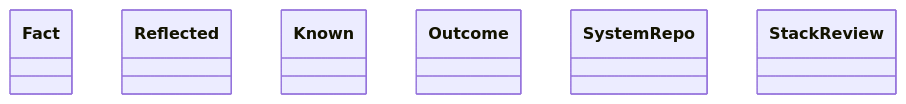
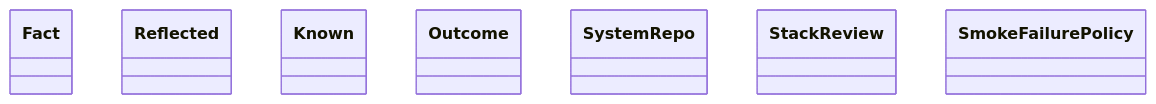
The diagram in docs/architecture/generated/classes-process-application-reflection.md (GonzaloZevallos/agentic-system), drawn with Mermaid before and after one commit. The commit also changed 5 other files, not shown here.

First line of the commit message:
Add SmokeFailurePolicy: rerun a red smoke, reject only after a green control

````diff
--- a/docs/architecture/generated/classes-process-application-reflection.md
+++ b/docs/architecture/generated/classes-process-application-reflection.md
@@ -19,9 +19,10 @@
 ```mermaid
 classDiagram
     class reflect__Fact["Fact"]
     class reflect__Reflected["Reflected"]
     class reflect_run__Known["Known"]
     class reflect_run__Outcome["Outcome"]
     class reflect_run__SystemRepo["SystemRepo"]
     class stack_review__StackReview["StackReview"]
+    class stage0_failure__SmokeFailurePolicy["SmokeFailurePolicy"]
 ```
````
